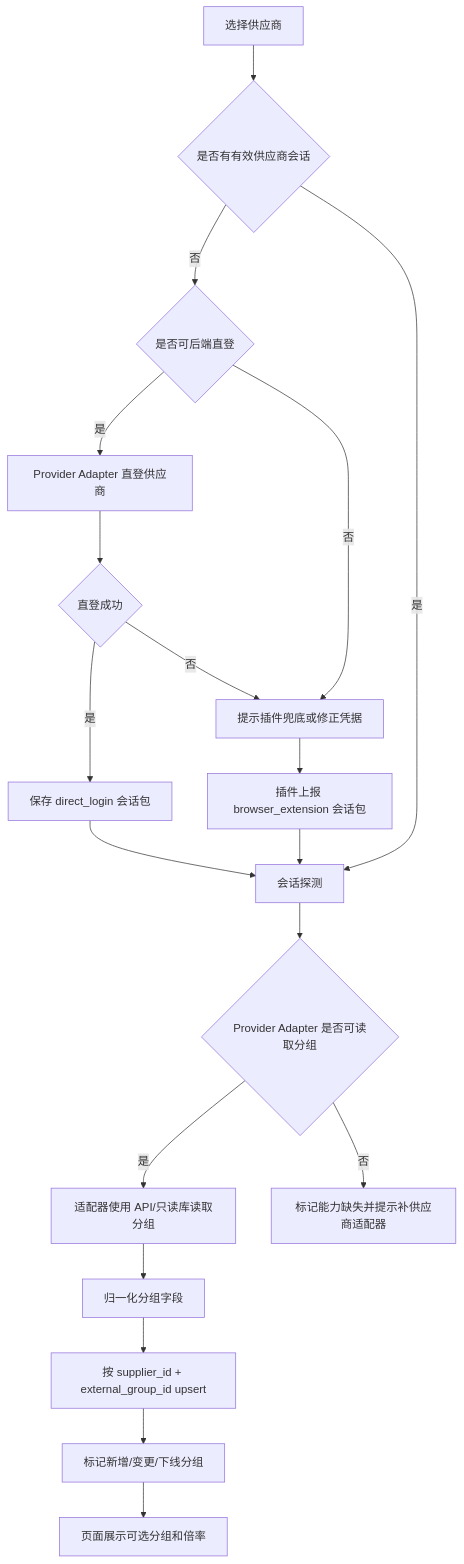
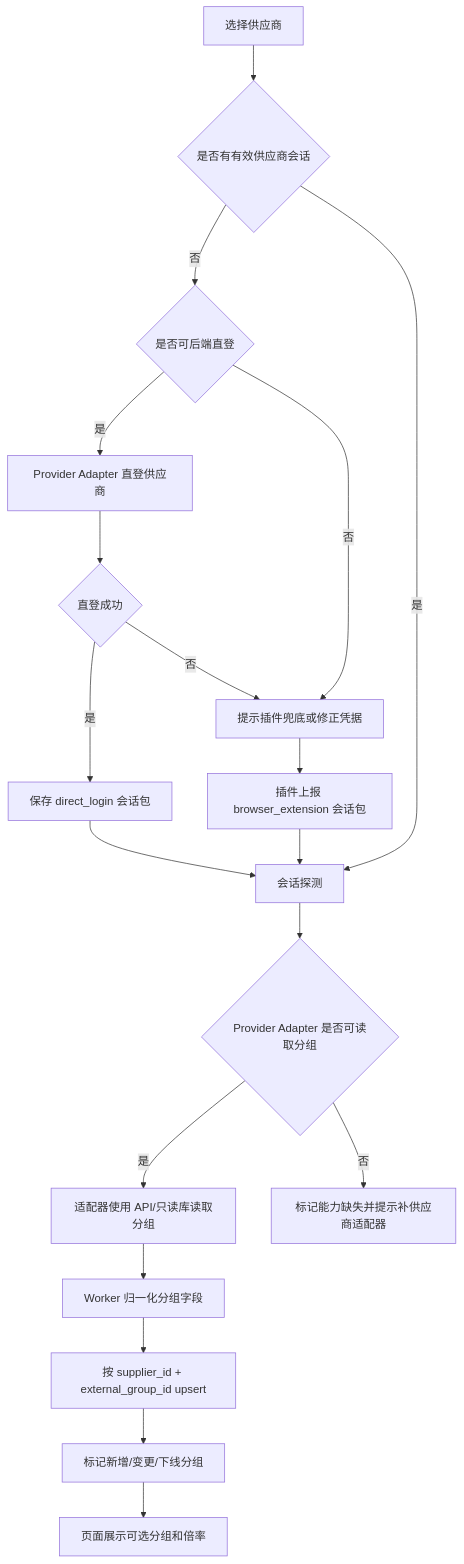
The seventh of 20 diagrams in docs/roadmap/accounts/README.md (openrelayllm/superllm), drawn with Mermaid before and after one commit. The commit also changed other lines of this file and 147 other files, not shown here.

````diff
--- a/docs/roadmap/accounts/README.md
+++ b/docs/roadmap/accounts/README.md
@@ -325,21 +339,21 @@
 ```mermaid
 flowchart TD
   A[选择供应商] --> B{是否有有效供应商会话}
   B -- 否 --> C{是否可后端直登}
   C -- 是 --> C1[Provider Adapter 直登供应商]
   C1 --> C2{直登成功}
   C2 -- 是 --> D[保存 direct_login 会话包]
   C2 -- 否 --> C3[提示插件兜底或修正凭据]
   C -- 否 --> C3
   C3 --> C4[插件上报 browser_extension 会话包]
   C4 --> E[会话探测]
   D --> E[会话探测]
   B -- 是 --> E
   E --> F{Provider Adapter 是否可读取分组}
   F -- 是 --> G[适配器使用 API/只读库读取分组]
   F -- 否 --> H[标记能力缺失并提示补供应商适配器]
-  G --> I[归一化分组字段]
+  G --> I[Worker 归一化分组字段]
   I --> J[按 supplier_id + external_group_id upsert]
   J --> K[标记新增/变更/下线分组]
   K --> L[页面展示可选分组和倍率]
 ```
````
